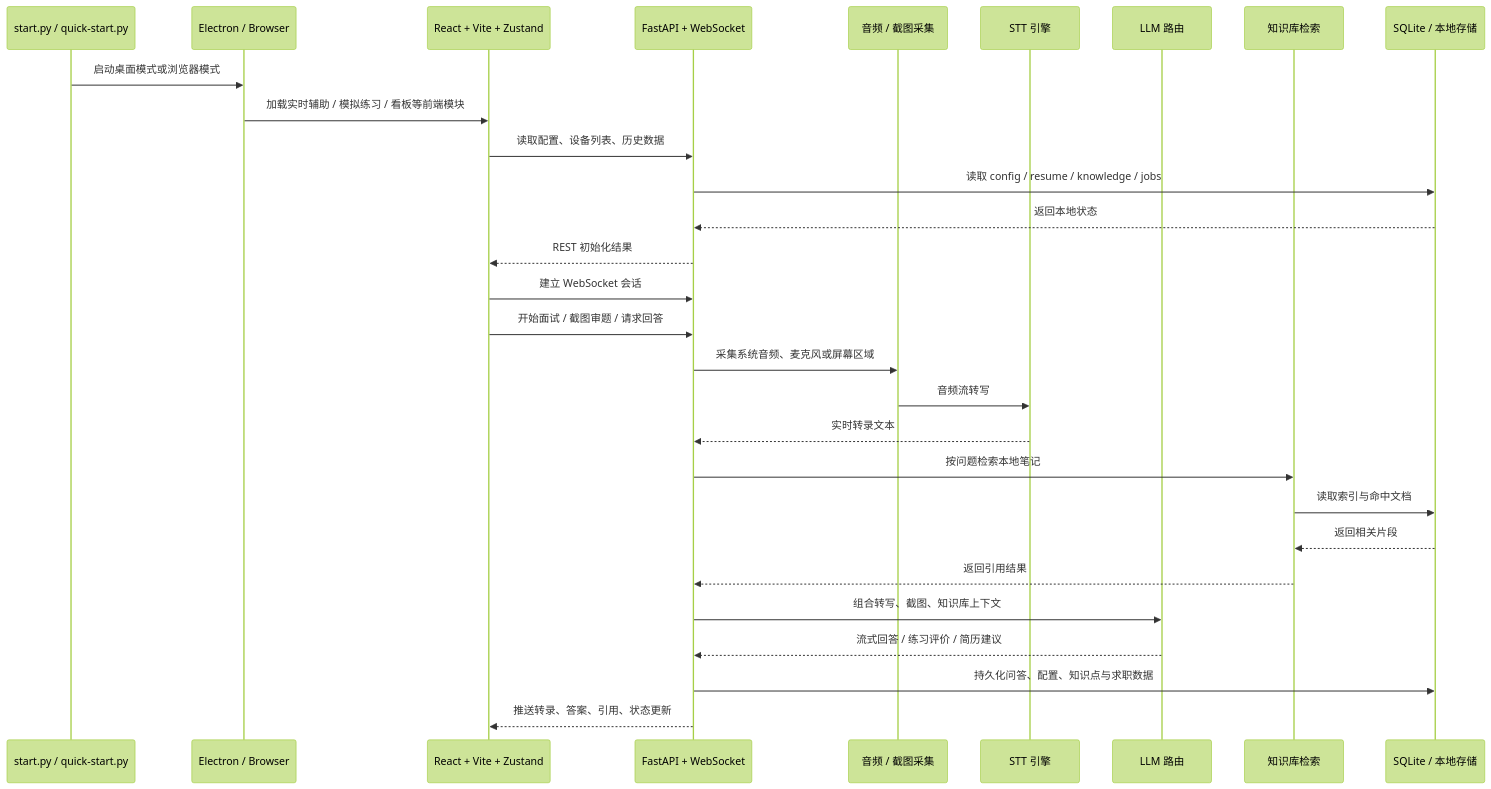
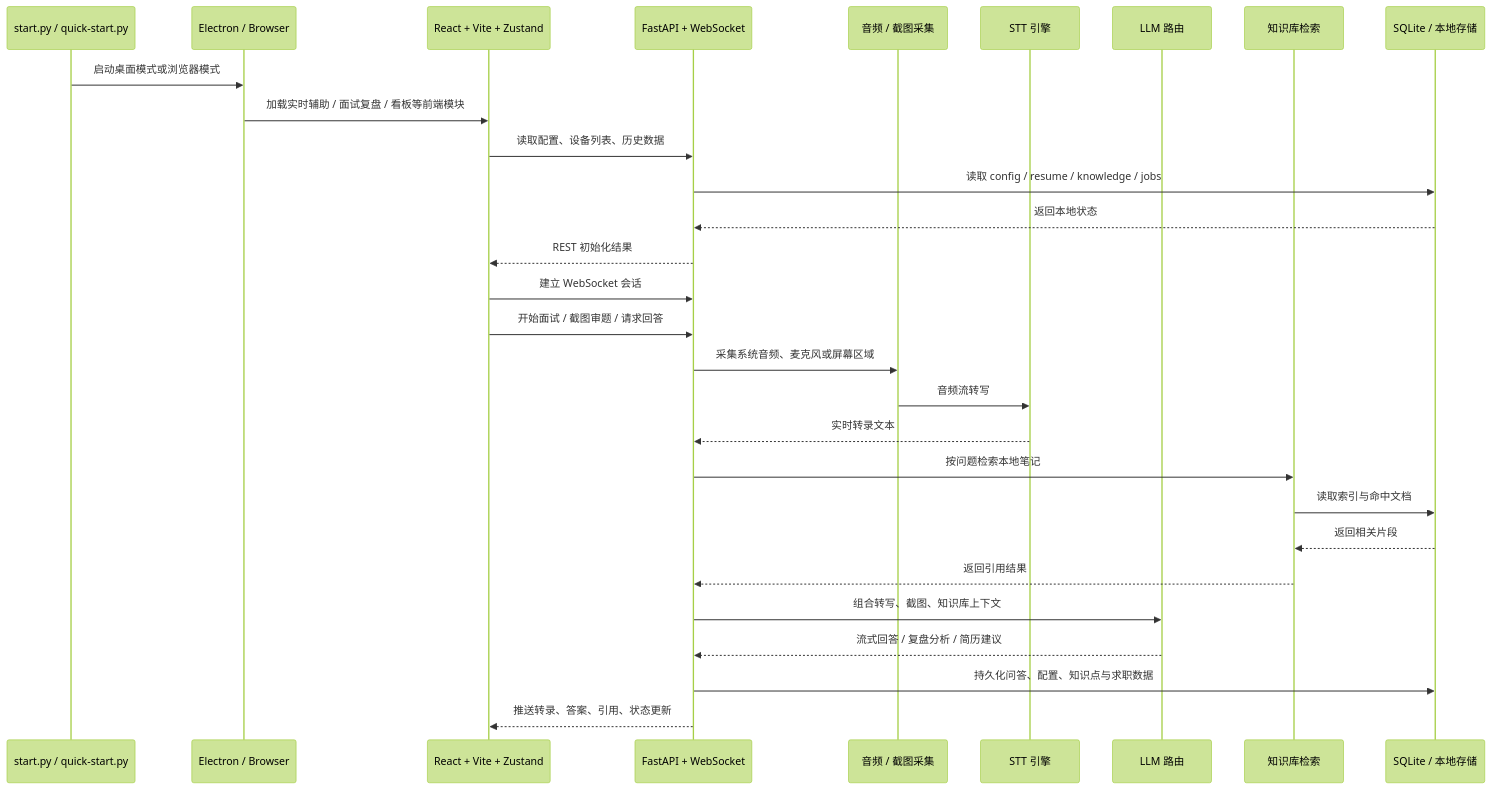
One commit to powAu3/interview-assistant changed the diagram in README.md. Above: the diagram before and after it, drawn with Mermaid (forest theme). The commit also changed other lines of this file and 40 other files, not shown here.

````diff
--- a/README.md
+++ b/README.md
@@ -110,33 +104,33 @@
 ```mermaid
 sequenceDiagram
     participant Entry as start.py / quick-start.py
     participant Client as Electron / Browser
     participant UI as React + Vite + Zustand
     participant API as FastAPI + WebSocket
     participant Capture as 音频 / 截图采集
     participant STT as STT 引擎
     participant LLM as LLM 路由
     participant KB as 知识库检索
     participant DB as SQLite / 本地存储
 
     Entry->>Client: 启动桌面模式或浏览器模式
-    Client->>UI: 加载实时辅助 / 模拟练习 / 看板等前端模块
+    Client->>UI: 加载实时辅助 / 面试复盘 / 看板等前端模块
     UI->>API: 读取配置、设备列表、历史数据
     API->>DB: 读取 config / resume / knowledge / jobs
     DB-->>API: 返回本地状态
     API-->>UI: REST 初始化结果
 
     UI->>API: 建立 WebSocket 会话
     UI->>API: 开始面试 / 截图审题 / 请求回答
     API->>Capture: 采集系统音频、麦克风或屏幕区域
     Capture->>STT: 音频流转写
     STT-->>API: 实时转录文本
     API->>KB: 按问题检索本地笔记
     KB->>DB: 读取索引与命中文档
     DB-->>KB: 返回相关片段
     KB-->>API: 返回引用结果
     API->>LLM: 组合转写、截图、知识库上下文
-    LLM-->>API: 流式回答 / 练习评价 / 简历建议
+    LLM-->>API: 流式回答 / 复盘分析 / 简历建议
     API->>DB: 持久化问答、配置、知识点与求职数据
     API-->>UI: 推送转录、答案、引用、状态更新
 ```
````
